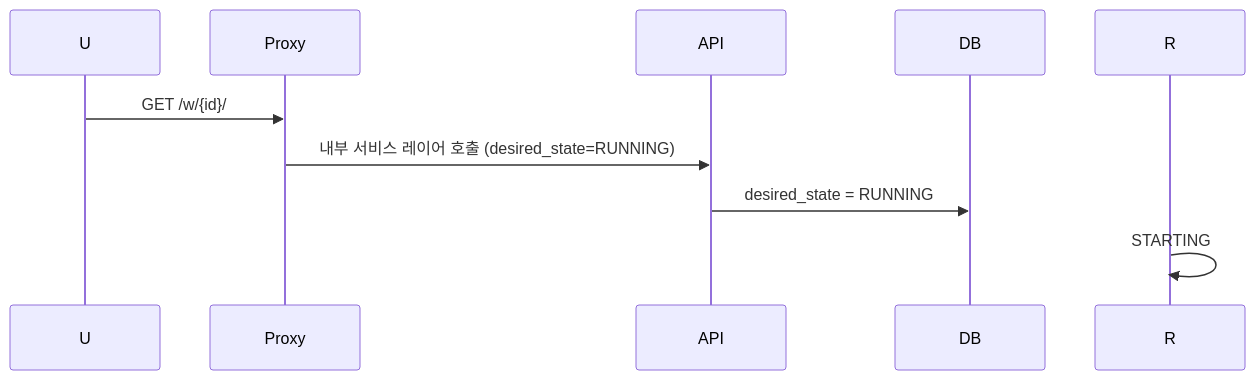
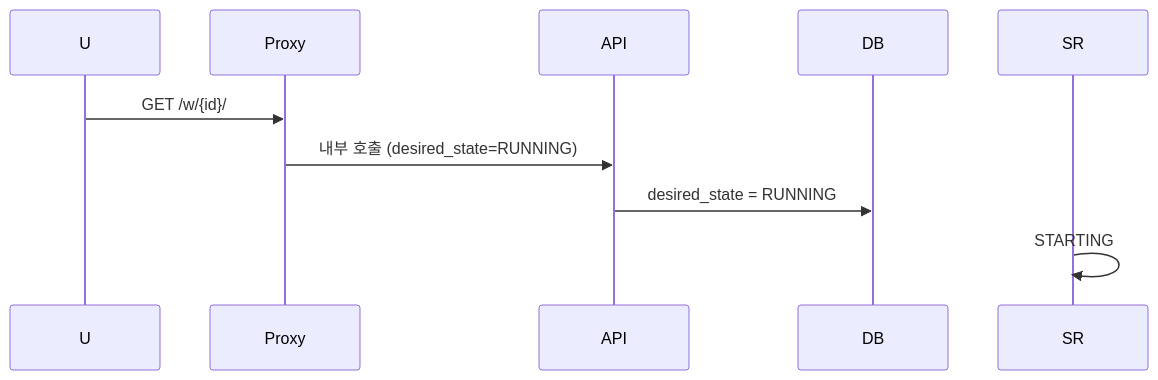
Before and after one commit to cagojeiger/code-hub: the fifth of 7 diagrams in docs/spec_v2/02-states.md, drawn with Mermaid. The commit also changed other lines of this file and 21 other files, not shown here.

````diff
--- a/docs/spec_v2/02-states.md
+++ b/docs/spec_v2/02-states.md
@@ -258,7 +288,7 @@
 ```mermaid
 sequenceDiagram
     U->>Proxy: GET /w/{id}/
-    Proxy->>API: 내부 서비스 레이어 호출 (desired_state=RUNNING)
+    Proxy->>API: 내부 호출 (desired_state=RUNNING)
     API->>DB: desired_state = RUNNING
-    R->>R: STARTING
+    SR->>SR: STARTING
 ```
````
